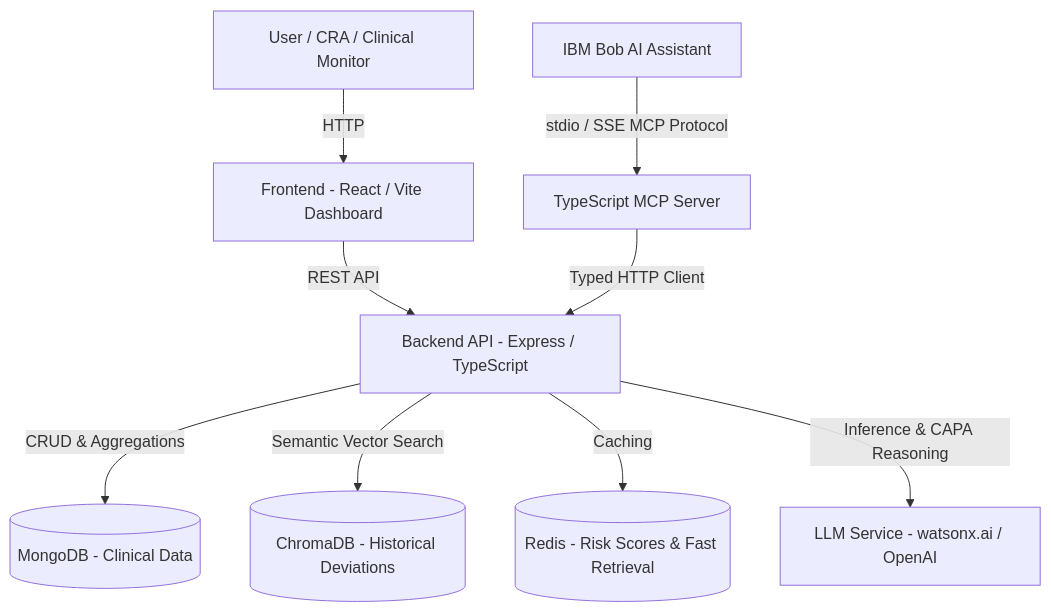
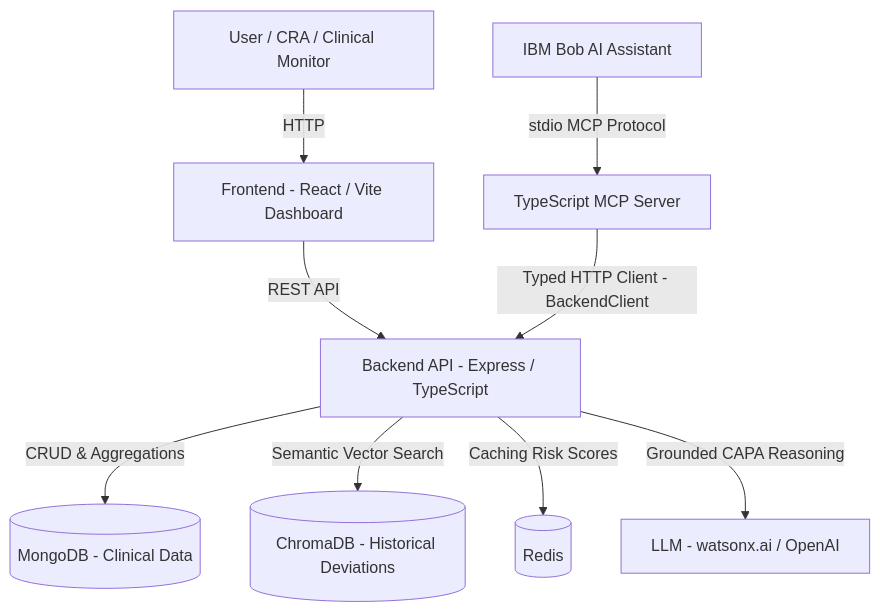
The diagram in docs/architecture.md (23dit040/bob-ai-hackathon-team-elite), drawn with Mermaid before and after one commit. The commit also changed other lines of this file and 2 other files, not shown here.

Commit message:
docs: complete setup-guide and architecture docs with Bob MCP registration steps

````diff
--- a/docs/architecture.md
+++ b/docs/architecture.md
@@ -5,11 +5,11 @@
 ```mermaid
 graph TD
     User[User / CRA / Clinical Monitor] -->|HTTP| Frontend[Frontend - React / Vite Dashboard]
-    Bob[IBM Bob AI Assistant] -->|stdio / SSE MCP Protocol| MCPServer[TypeScript MCP Server]
+    Bob[IBM Bob AI Assistant] -->|stdio MCP Protocol| MCPServer[TypeScript MCP Server]
     Frontend -->|REST API| Backend[Backend API - Express / TypeScript]
-    MCPServer -->|Typed HTTP Client| Backend
+    MCPServer -->|Typed HTTP Client - BackendClient| Backend
     Backend -->|CRUD & Aggregations| MongoDB[(MongoDB - Clinical Data)]
     Backend -->|Semantic Vector Search| ChromaDB[(ChromaDB - Historical Deviations)]
-    Backend -->|Caching| Redis[(Redis - Risk Scores & Fast Retrieval)]
-    Backend -->|Inference & CAPA Reasoning| LLM[LLM Service - watsonx.ai / OpenAI]
+    Backend -->|Caching Risk Scores| Redis[(Redis)]
+    Backend -->|Grounded CAPA Reasoning| LLM[LLM - watsonx.ai / OpenAI]
 ```
````
